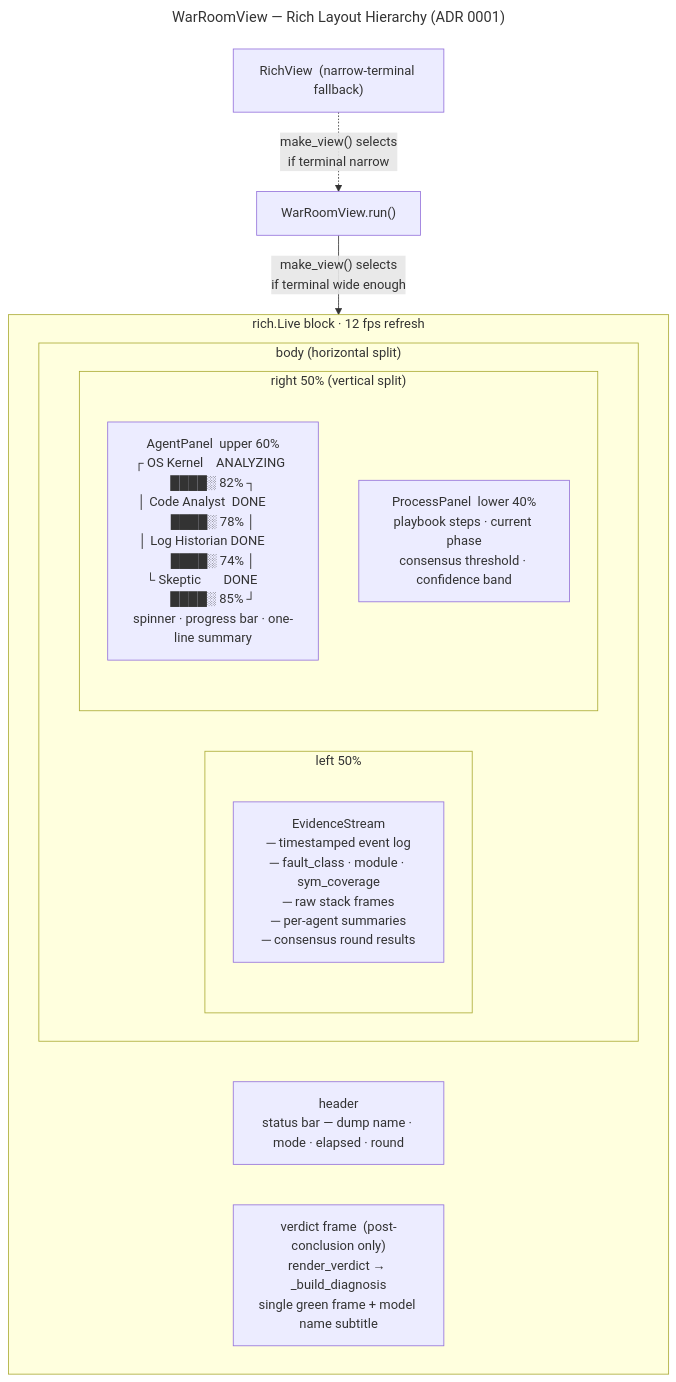
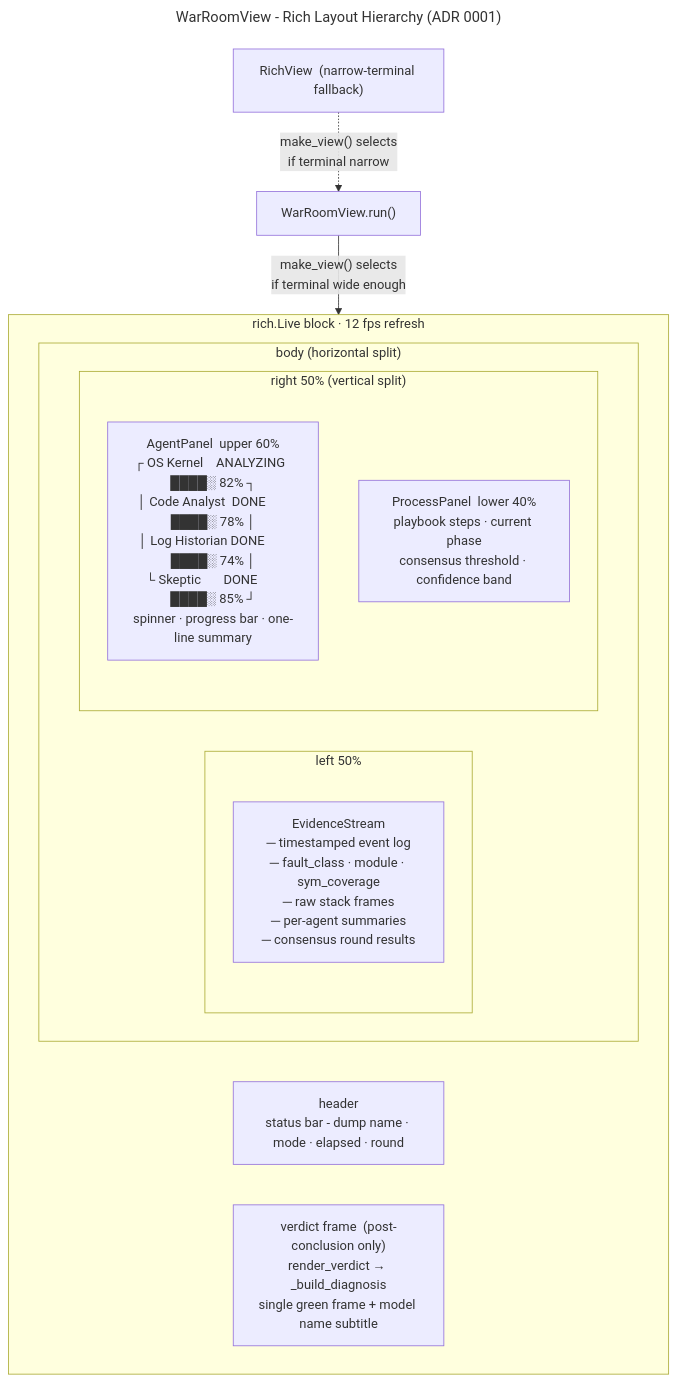
The diagram in docs/adr/assets/0001-war-room-view.mmd (yuchdev/AegisSwr), drawn with Mermaid before and after one commit. The commit also changed 136 other files, not shown here.

```diff
--- a/docs/adr/assets/0001-war-room-view.mmd
+++ b/docs/adr/assets/0001-war-room-view.mmd
@@ -1,26 +1,26 @@
 ---
-title: WarRoomView — Rich Layout Hierarchy (ADR 0001)
+title: WarRoomView - Rich Layout Hierarchy (ADR 0001)
 ---
 graph TB
     subgraph Live["rich.Live block · 12 fps refresh"]
-        Header["header\nstatus bar — dump name · mode · elapsed · round"]
+        Header["header\nstatus bar - dump name · mode · elapsed · round"]
 
         subgraph Body["body  (horizontal split)"]
             direction LR
 
             subgraph Left["left  50%"]
                 ES["EvidenceStream\n─ timestamped event log\n─ fault_class · module · sym_coverage\n─ raw stack frames\n─ per-agent summaries\n─ consensus round results"]
             end
 
             subgraph Right["right  50%  (vertical split)"]
                 direction TB
                 AP["AgentPanel  upper 60%\n┌ OS Kernel    ANALYZING  ████░ 82% ┐\n│ Code Analyst  DONE       ████░ 78% │\n│ Log Historian DONE       ████░ 74% │\n└ Skeptic       DONE       ████░ 85% ┘\nspinner · progress bar · one-line summary"]
                 PP["ProcessPanel  lower 40%\nplaybook steps · current phase\nconsensus threshold · confidence band"]
             end
         end
 
         Verdict["verdict frame  (post-conclusion only)\nrender_verdict → _build_diagnosis\nsingle green frame + model name subtitle"]
     end
 
     WarRoomView["WarRoomView.run()"] -->|"make_view() selects\nif terminal wide enough"| Live
     RichView["RichView  (narrow-terminal fallback)"] -.->|"make_view() selects\nif terminal narrow"| WarRoomView
```
